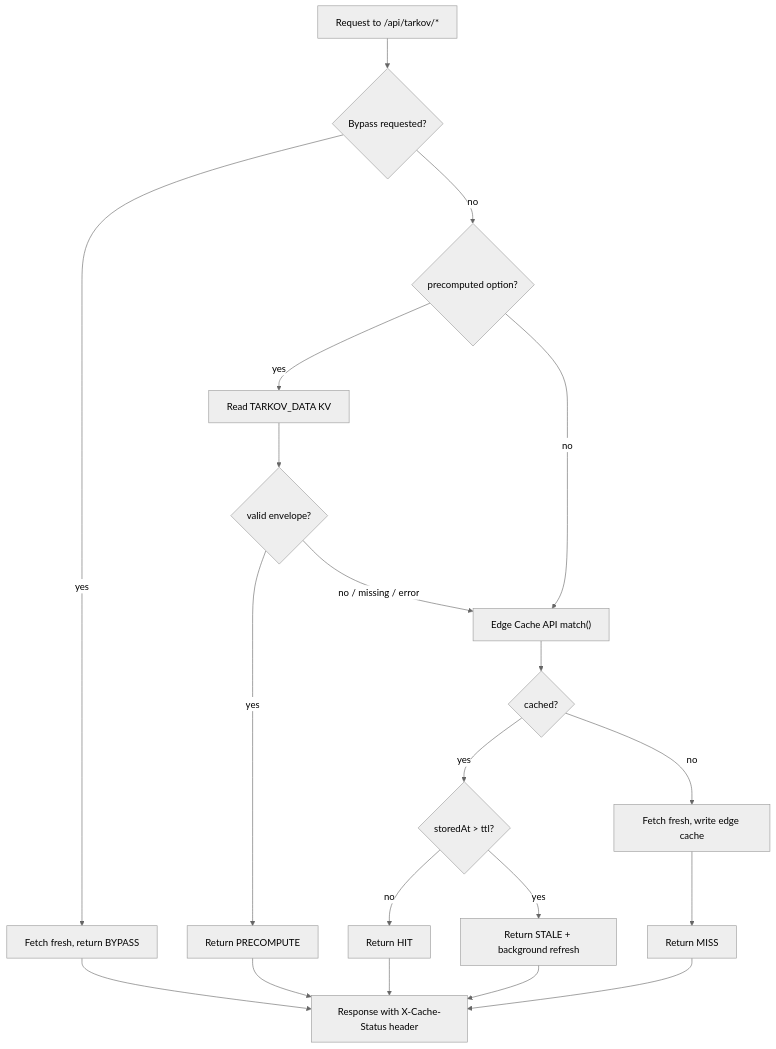
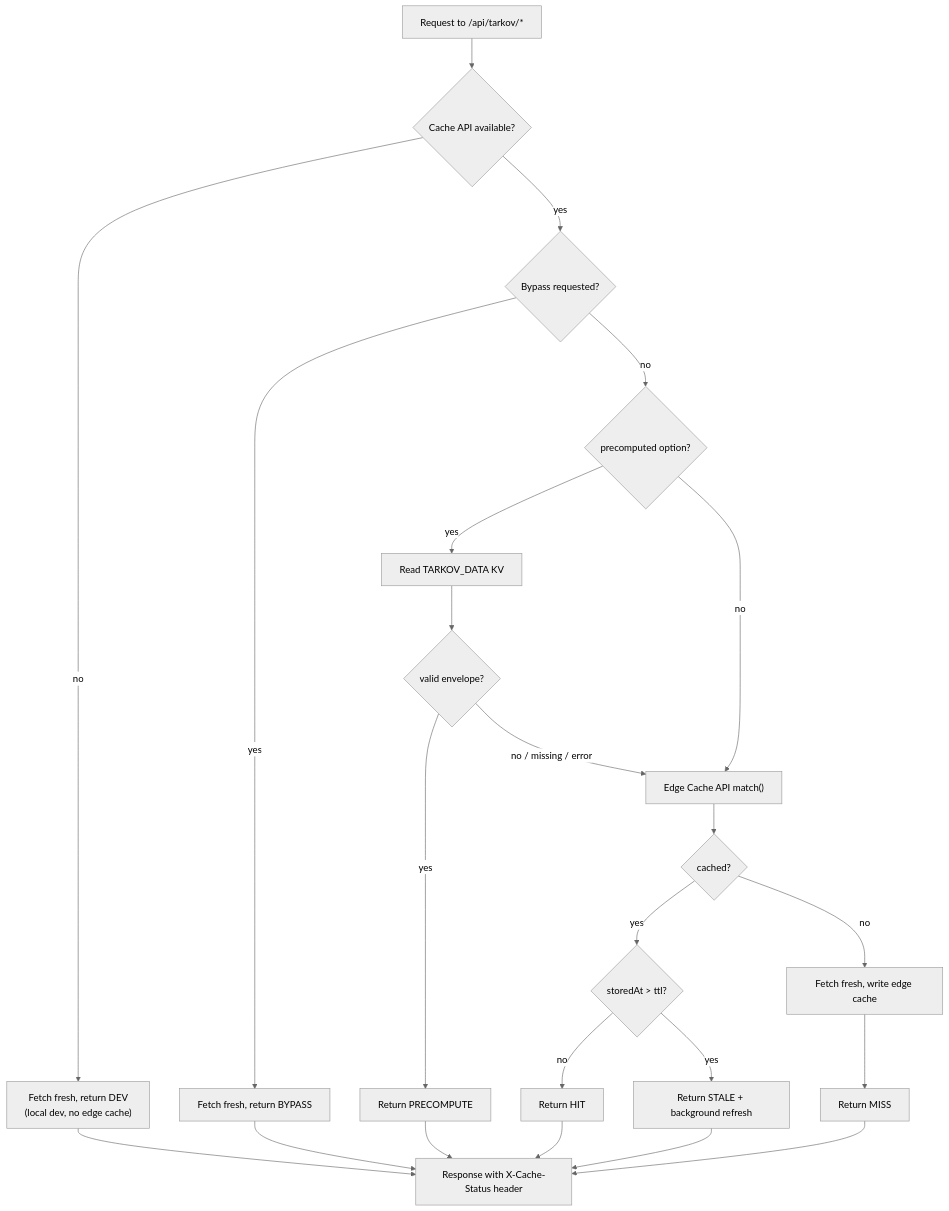
Before and after one commit to tarkovtracker-org/TarkovTracker: the third of 5 diagrams in docs/SYSTEMS.md, drawn with Mermaid (neutral theme).

Commit message:
docs: add DEV fallback branch to caching diagram
The caching flowchart listed PRECOMPUTE/HIT/STALE/MISS/BYPASS paths but
omitted the DEV branch that the prose describes as Layer 4 and the
response-header table includes as a status value. Add an early
"Cache API available?" decision that routes to "Fetch fresh, return DEV"
when globalThis.caches is undefined (local dev), matching edgeCache.ts.

````diff
--- a/docs/SYSTEMS.md
+++ b/docs/SYSTEMS.md
@@ -213,23 +213,26 @@
 ```mermaid
 flowchart TD
-    Req["Request to /api/tarkov/*"] --> Bypass{Bypass requested?}
+    Req["Request to /api/tarkov/*"] --> CacheAvail{Cache API available?}
+    CacheAvail -->|no| Dev["Fetch fresh, return DEV<br/>(local dev, no edge cache)"]
+    CacheAvail -->|yes| Bypass{Bypass requested?}
     Bypass -->|yes| FetchFresh["Fetch fresh, return BYPASS"]
     Bypass -->|no| Pre{precomputed option?}
     Pre -->|yes| KV["Read TARKOV_DATA KV"]
     Pre -->|no| Edge
     KV --> Envelope{valid envelope?}
     Envelope -->|yes| ReturnPre["Return PRECOMPUTE"]
     Envelope -->|no / missing / error| Edge
     Edge["Edge Cache API match()"] --> Hit{cached?}
     Hit -->|yes| Stale{storedAt > ttl?}
     Stale -->|no| ReturnHit["Return HIT"]
     Stale -->|yes| ReturnStale["Return STALE + background refresh"]
     Hit -->|no| Miss["Fetch fresh, write edge cache"]
     Miss --> ReturnMiss["Return MISS"]
+    Dev --> End
     FetchFresh --> End
     ReturnPre --> End
     ReturnHit --> End
     ReturnStale --> End
     ReturnMiss --> End
     End["Response with X-Cache-Status header"]
 ```
````
